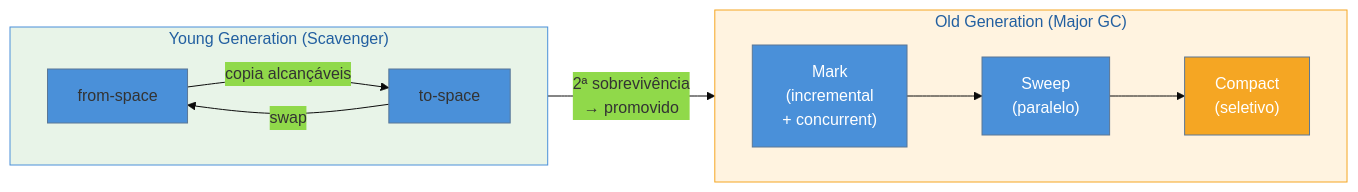
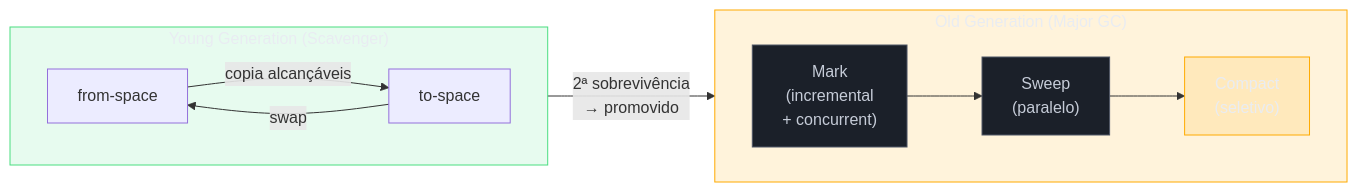
The second of 2 diagrams in 03-Dominios/Tecnologia/JavaScript/21 - Memory management.md (josenaldo/codex-technomanticus), drawn with Mermaid before and after one commit. The commit also changed other lines of this file and 1181 other files, not shown here.

First line of the commit message:
fix(diagramas): paleta do sistema no lugar de cor cravada no markdown

````diff
--- a/03-Dominios/Tecnologia/JavaScript/21 - Memory management.md
+++ b/03-Dominios/Tecnologia/JavaScript/21 - Memory management.md
@@ -153,21 +154,23 @@
 ```mermaid
-%%{init: {"theme": "base", "themeVariables": {"primaryColor": "#4A90D9"}}}%%
 flowchart LR
+    classDef ok fill:#4ADE8021,stroke:#4ADE80,color:#E9ECF2
+    classDef destaque fill:#FFAA0024,stroke:#FFAA00,color:#E9ECF2
+    classDef neutro fill:#1B2029,stroke:#4E5666,color:#C6CCD8
     subgraph YG["Young Generation (Scavenger)"]
         direction LR
         NF["from-space"] -->|"copia alcançáveis"| NT["to-space"]
         NT -->|"swap"| NF
     end
     YG -->|"2ª sobrevivência\n→ promovido"| OG
 
     subgraph OG["Old Generation (Major GC)"]
         direction LR
         M["Mark\n(incremental\n+ concurrent)"] --> S["Sweep\n(paralelo)"] --> C["Compact\n(seletivo)"]
     end
 
-    style YG fill:#e8f4e8,stroke:#4A90D9
-    style OG fill:#fff3e0,stroke:#F5A623
-    style M fill:#4A90D9,color:#fff
-    style S fill:#4A90D9,color:#fff
-    style C fill:#F5A623,color:#fff
+    class YG ok
+    class OG destaque
+    class M neutro
+    class S neutro
+    class C destaque
 ```
````
